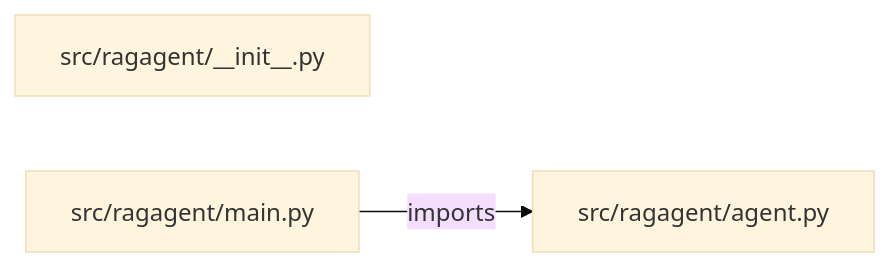
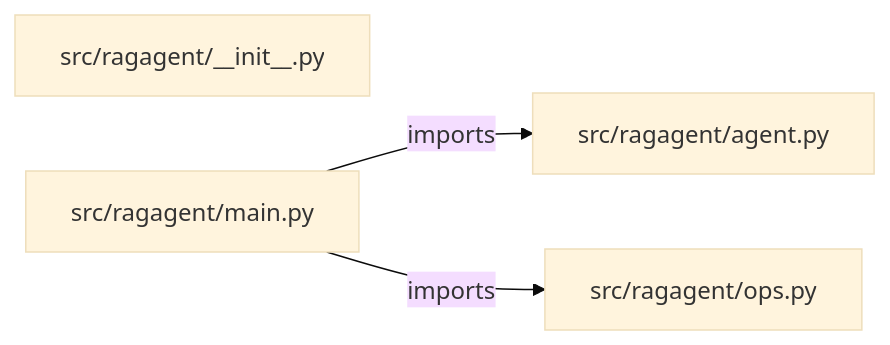
The diagram in PROJECT_ARCHITECTURE.md (iarsingh/enterprise-rag-agent-platform), drawn with Mermaid (base theme) before and after one commit. The commit also changed other lines of this file and 2 other files, not shown here.

Commit message:
Refresh architecture and interview guides from current implementation

````diff
--- a/PROJECT_ARCHITECTURE.md
+++ b/PROJECT_ARCHITECTURE.md
@@ -13,7 +13,9 @@
 ```mermaid
 flowchart LR
     M0["src/ragagent/__init__.py"]
     M1["src/ragagent/agent.py"]
     M2["src/ragagent/main.py"]
+    M3["src/ragagent/ops.py"]
     M2 -->|imports| M1
+    M2 -->|imports| M3
 ```
````
